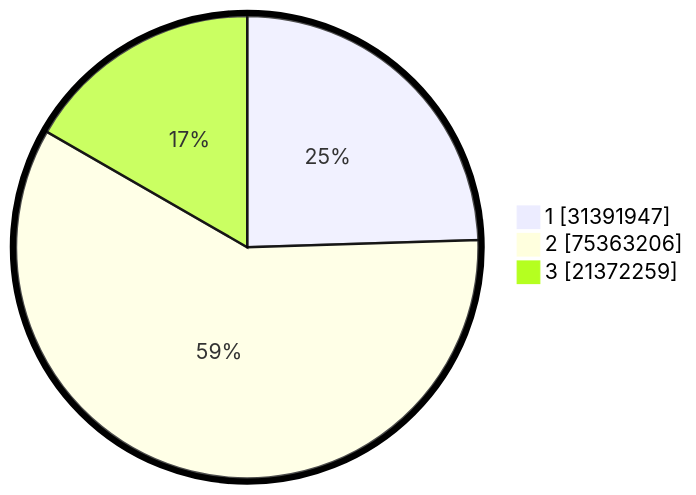
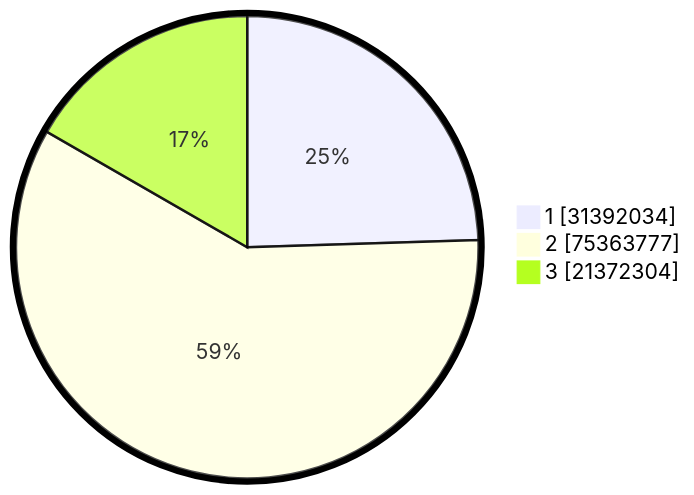
One commit to gigit-pemilu/pemilu-2024 changed the second of 2 diagrams in pilpres/hitung-suara/README.md. Above: the diagram before and after it, drawn with Mermaid. The commit also changed other lines of this file and 10 other files, not shown here.

````diff
--- a/pilpres/hitung-suara/README.md
+++ b/pilpres/hitung-suara/README.md
@@ -93,7 +93,7 @@
 ```mermaid
 %%{init: {"pie": {"textPosition": 0.5}, "themeVariables": {"pieOuterStrokeWidth": "5px"}} }%%
 pie showData
-    "1" : 31391947
-    "2" : 75363206
-    "3" : 21372259
+    "1" : 31392034
+    "2" : 75363777
+    "3" : 21372304
 ```
````
